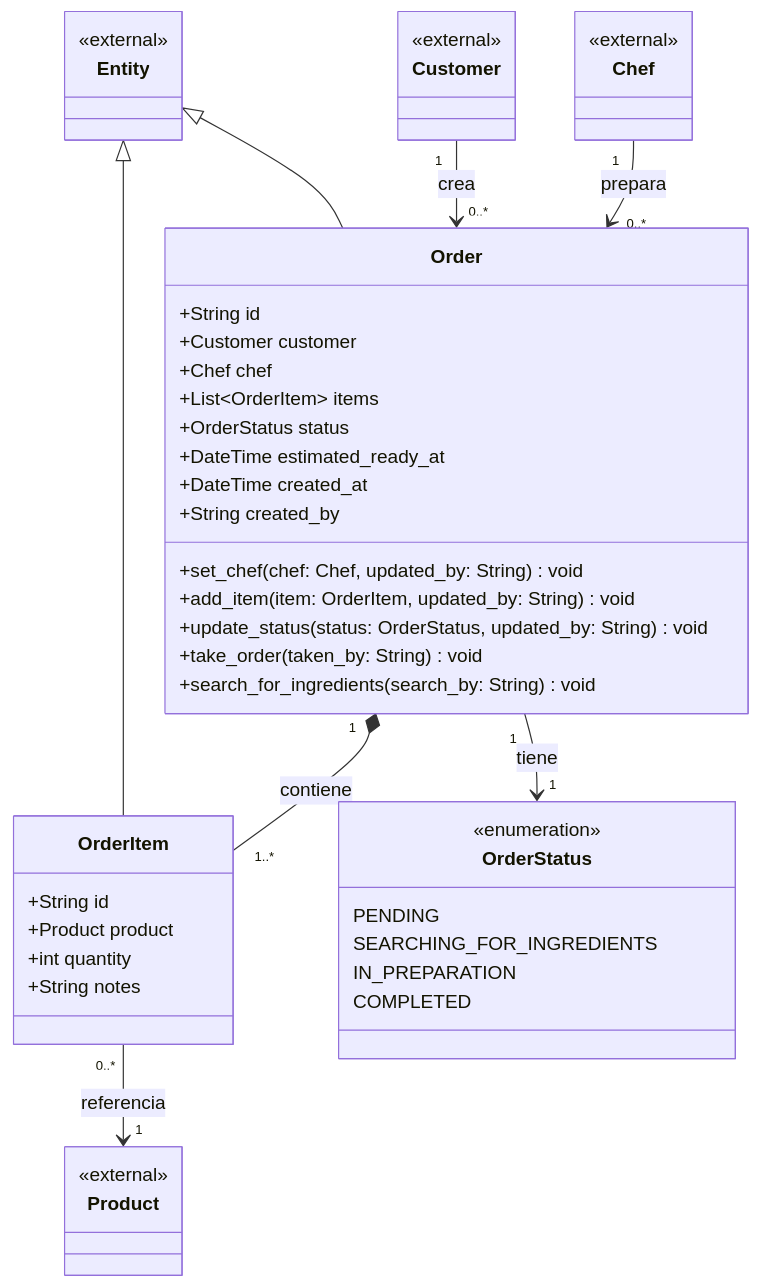
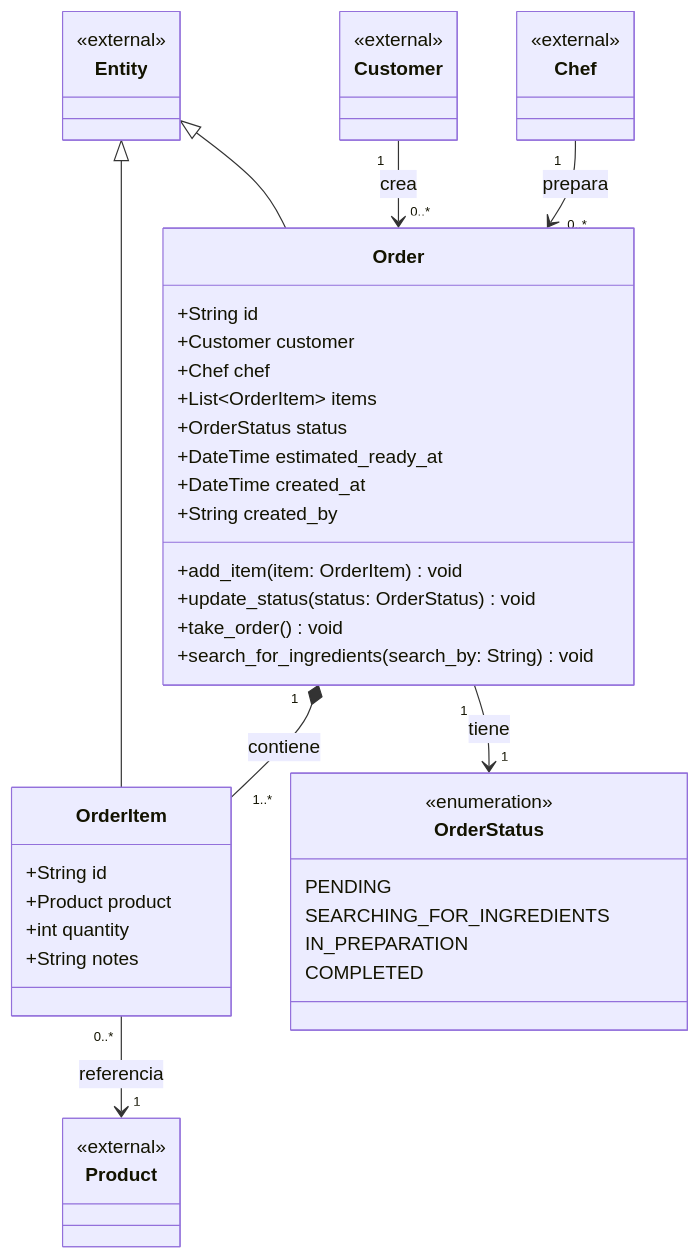
One commit to alexander9306/Kitchen-Simulator changed the diagram in src/entities/order/diagram.md. Above: the diagram before and after it, drawn with Mermaid. The commit also changed other lines of this file and 1 other file, not shown here.

Commit message:
Update Order to use reworked Entity base
Order now takes id/created_at explicitly like the base Entity, and
drops set_chef plus the touch()-based updated_by params on
add_item/update_status/take_order since Entity no longer has touch().

````diff
--- a/src/entities/order/diagram.md
+++ b/src/entities/order/diagram.md
@@ -6,54 +6,53 @@
 ```mermaid
 classDiagram
     class Order {
         +String id
         +Customer customer
         +Chef chef
         +List~OrderItem~ items
         +OrderStatus status
         +DateTime estimated_ready_at
         +DateTime created_at
         +String created_by
-        +set_chef(chef: Chef, updated_by: String) void
-        +add_item(item: OrderItem, updated_by: String) void
-        +update_status(status: OrderStatus, updated_by: String) void
-        +take_order(taken_by: String) void
+        +add_item(item: OrderItem) void
+        +update_status(status: OrderStatus) void
+        +take_order() void
         +search_for_ingredients(search_by: String) void
     }
 
     class OrderItem {
         +String id
         +Product product
         +int quantity
         +String notes
     }
 
     class OrderStatus {
         <<enumeration>>
         PENDING
         SEARCHING_FOR_INGREDIENTS
         IN_PREPARATION
         COMPLETED
     }
 
     class Entity {
         <<external>>
     }
     class Customer {
         <<external>>
     }
     class Chef {
         <<external>>
     }
     class Product {
         <<external>>
     }
 
     Entity <|-- Order
     Entity <|-- OrderItem
     Order "1" *-- "1..*" OrderItem : contiene
     Order "1" --> "1" OrderStatus : tiene
     OrderItem "0..*" --> "1" Product : referencia
     Customer "1" --> "0..*" Order : crea
     Chef "1" --> "0..*" Order : prepara
 ```
````
